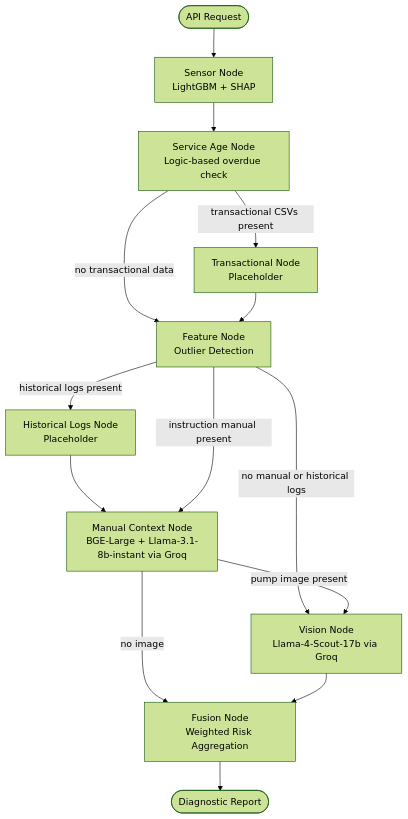
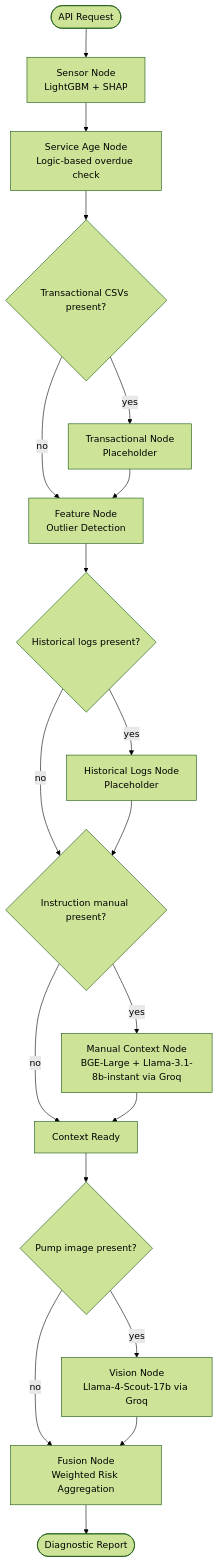
Before and after one commit to Murthypsty0419/Multi-Modal-Predictive-Maintenance-Agent: the diagram in README.md, drawn with Mermaid (forest theme).

Commit message:
Enhance system architecture diagram with decision nodes

````diff
--- a/README.md
+++ b/README.md
@@ -24,16 +23,23 @@
 ```mermaid
 flowchart TD
     A([API Request]) --> SN["Sensor Node<br/>LightGBM + SHAP"]
     SN --> SAN["Service Age Node<br/>Logic-based overdue check"]
-    SAN -->|"transactional CSVs present"| TN["Transactional Node<br/>Placeholder"]
-    SAN -->|"no transactional data"| FN
-    TN --> FN["Feature Node<br/>Outlier Detection"]
-    FN -->|"historical logs present"| HLN["Historical Logs Node<br/>Placeholder"]
-    HLN --> MCN
-    FN -->|"instruction manual present"| MCN["Manual Context Node<br/>BGE-Large + Llama-3.1-8b-instant via Groq"]
-    FN -->|"no manual or historical logs"| VN
-    MCN -->|"pump image present"| VN["Vision Node<br/>Llama-4-Scout-17b via Groq"]
-    MCN -->|"no image"| FUSE
-    VN --> FUSE["Fusion Node<br/>Weighted Risk Aggregation"]
+    SAN --> TQ{"Transactional CSVs present?"}
+    TQ -->|"yes"| TN["Transactional Node<br/>Placeholder"]
+    TQ -->|"no"| FN["Feature Node<br/>Outlier Detection"]
+    TN --> FN
+
+    FN --> HQ{"Historical logs present?"}
+    HQ -->|"yes"| HLN["Historical Logs Node<br/>Placeholder"]
+    HQ -->|"no"| MQ
+    HLN --> MQ{"Instruction manual present?"}
+    MQ -->|"yes"| MCN["Manual Context Node<br/>BGE-Large + Llama-3.1-8b-instant via Groq"]
+    MQ -->|"no"| READY["Context Ready"]
+    MCN --> READY
+
+    READY --> IQ{"Pump image present?"}
+    IQ -->|"yes"| VN["Vision Node<br/>Llama-4-Scout-17b via Groq"]
+    IQ -->|"no"| FUSE["Fusion Node<br/>Weighted Risk Aggregation"]
+    VN --> FUSE
     FUSE --> R([Diagnostic Report])
 ```
````
